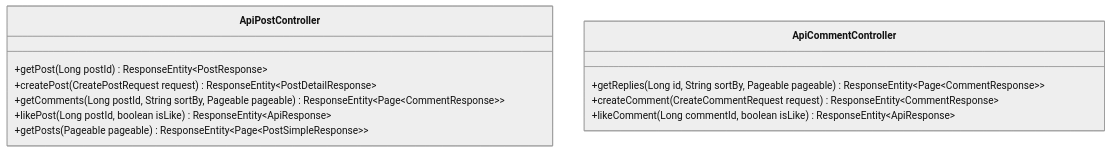
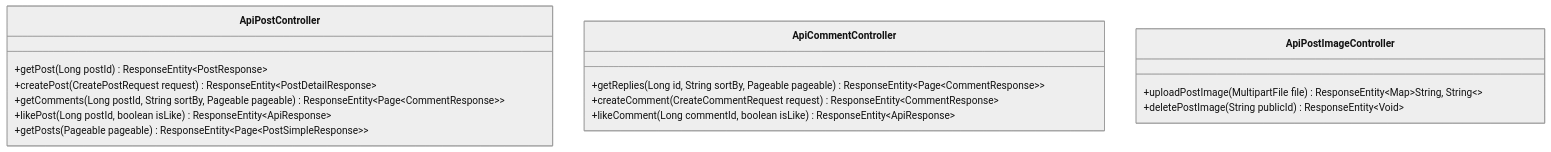
The first of 2 diagrams in docs/specs/forums-spec.md (ximofam/web_game_chess_online), drawn with Mermaid (neutral theme) before and after one commit. The commit also changed other lines of this file and 2 other files, not shown here.

````diff
--- a/docs/specs/forums-spec.md
+++ b/docs/specs/forums-spec.md
@@ -20,15 +26,19 @@
 ```mermaid
 classDiagram
     class ApiPostController {
         +getPost(Long postId) ResponseEntity~PostResponse~
         +createPost(CreatePostRequest request) ResponseEntity~PostDetailResponse~
         +getComments(Long postId, String sortBy, Pageable pageable) ResponseEntity~Page~CommentResponse~~
         +likePost(Long postId, boolean isLike) ResponseEntity~ApiResponse~
         +getPosts(Pageable pageable) ResponseEntity~Page~PostSimpleResponse~~
     }
     class ApiCommentController {
         +getReplies(Long id, String sortBy, Pageable pageable) ResponseEntity~Page~CommentResponse~~
         +createComment(CreateCommentRequest request) ResponseEntity~CommentResponse~
         +likeComment(Long commentId, boolean isLike) ResponseEntity~ApiResponse~
     }
+    class ApiPostImageController {
+        +uploadPostImage(MultipartFile file) ResponseEntity~Map~String, String~~
+        +deletePostImage(String publicId) ResponseEntity~Void~
+    }
 ```
````
